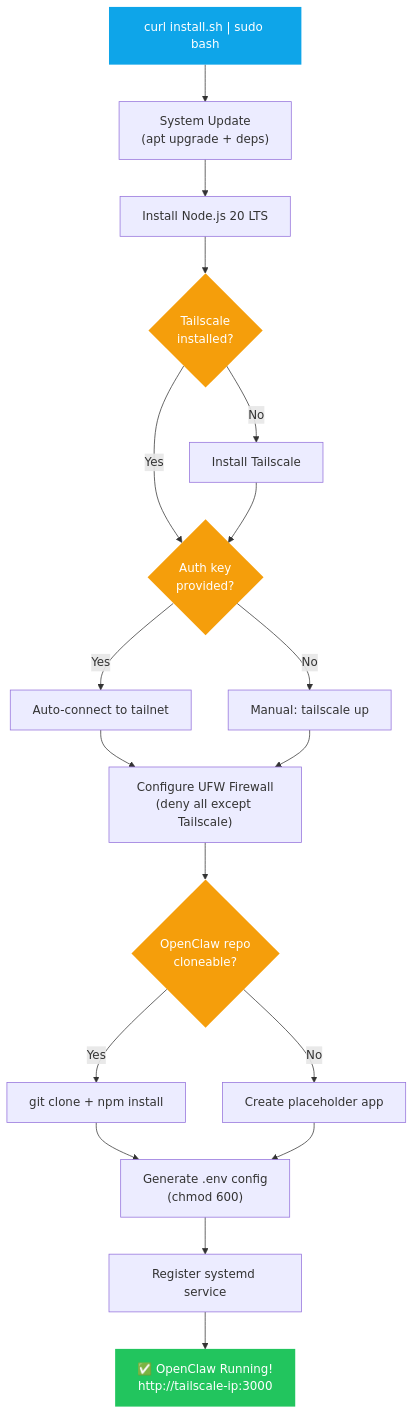
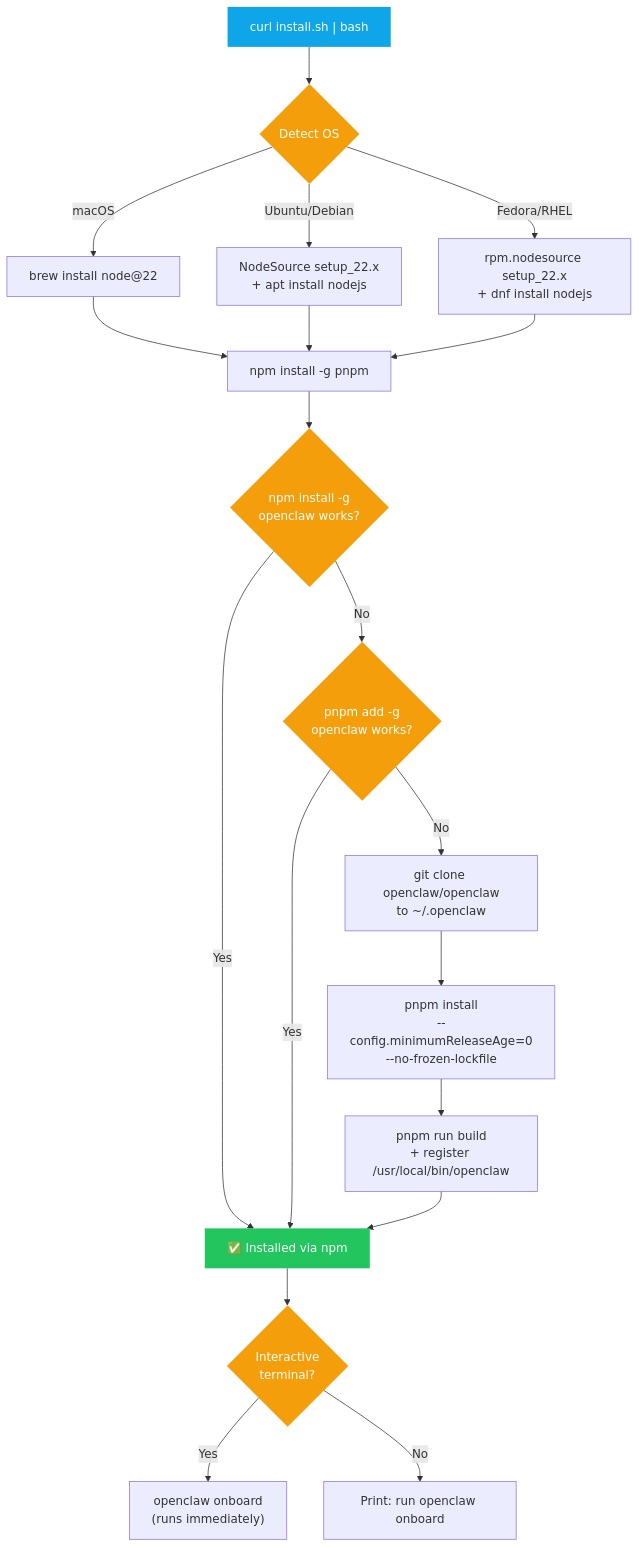
One commit to deepakpathik/openclaw-guide changed the first of 2 diagrams in README.md. Above: the diagram before and after it, drawn with Mermaid. The commit also changed other lines of this file, not shown here.

Commit message:
docs(deploy): add GCP guide with systemd service config

````diff
--- a/README.md
+++ b/README.md
@@ -34,26 +52,28 @@
 ```mermaid
 flowchart TD
-    A["curl install.sh | sudo bash"] --> B["System Update\n(apt upgrade + deps)"]
-    B --> C["Install Node.js 20 LTS"]
-    C --> D{"Tailscale\ninstalled?"}
-    D -- No --> E["Install Tailscale"]
-    D -- Yes --> F{"Auth key\nprovided?"}
+    A["curl install.sh | bash"] --> B{"Detect OS"}
+    B -- macOS --> C["brew install node@22"]
+    B -- Ubuntu/Debian --> D["NodeSource setup_22.x\n+ apt install nodejs"]
+    B -- Fedora/RHEL --> E["rpm.nodesource setup_22.x\n+ dnf install nodejs"]
+    C --> F["npm install -g pnpm"]
+    D --> F
     E --> F
-    F -- Yes --> G["Auto-connect to tailnet"]
-    F -- No --> H["Manual: tailscale up"]
-    G --> I["Configure UFW Firewall\n(deny all except Tailscale)"]
-    H --> I
-    I --> J{"OpenClaw repo\ncloneable?"}
-    J -- Yes --> K["git clone + npm install"]
-    J -- No --> L["Create placeholder app"]
-    K --> M["Generate .env config\n(chmod 600)"]
-    L --> M
-    M --> N["Register systemd service"]
-    N --> O["✅ OpenClaw Running!\nhttp://tailscale-ip:3000"]
+    F --> G{"npm install -g\nopenclaw works?"}
+    G -- Yes --> L["✅ Installed via npm"]
+    G -- No --> H{"pnpm add -g\nopenclaw works?"}
+    H -- Yes --> L
+    H -- No --> I["git clone openclaw/openclaw\nto ~/.openclaw"]
+    I --> J["pnpm install\n--config.minimumReleaseAge=0\n--no-frozen-lockfile"]
+    J --> K["pnpm run build\n+ register /usr/local/bin/openclaw"]
+    K --> L
+    L --> M{"Interactive\nterminal?"}
+    M -- Yes --> N["openclaw onboard\n(runs immediately)"]
+    M -- No --> O["Print: run openclaw onboard"]
 
     style A fill:#0ea5e9,color:#fff,stroke:none
-    style O fill:#22c55e,color:#fff,stroke:none
-    style D fill:#f59e0b,color:#fff,stroke:none
-    style F fill:#f59e0b,color:#fff,stroke:none
-    style J fill:#f59e0b,color:#fff,stroke:none
+    style L fill:#22c55e,color:#fff,stroke:none
+    style B fill:#f59e0b,color:#fff,stroke:none
+    style G fill:#f59e0b,color:#fff,stroke:none
+    style H fill:#f59e0b,color:#fff,stroke:none
+    style M fill:#f59e0b,color:#fff,stroke:none
 ```
````
